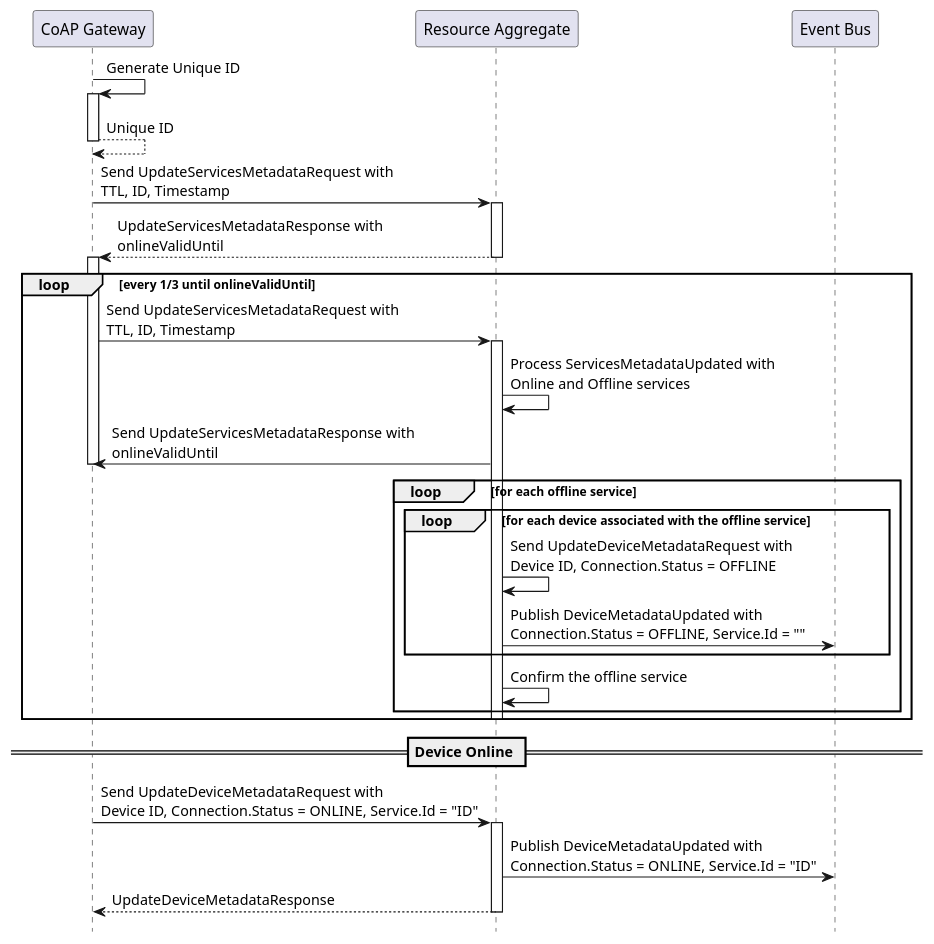
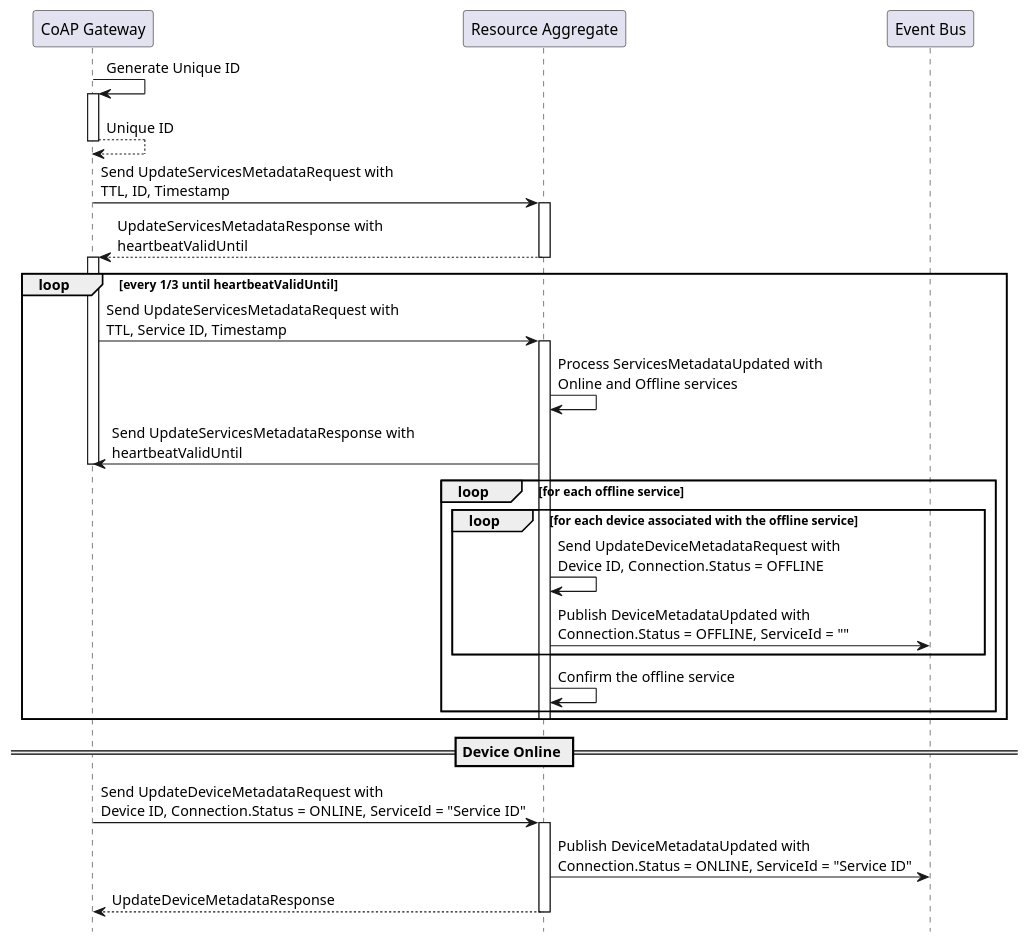
One commit to plgd-dev/doc changed the diagram in content/en/docs/features/monitoring-and-diagnostics/monitoring-device-connectivity.md. Above: the diagram before and after it, drawn with PlantUML. The commit also changed other lines of this file, not shown here.

```diff
--- a/content/en/docs/features/monitoring-and-diagnostics/monitoring-device-connectivity.md
+++ b/content/en/docs/features/monitoring-and-diagnostics/monitoring-device-connectivity.md
@@ -30,37 +30,37 @@
 {{< plantuml id="update-services-metadata" >}}
 @startuml Sequence
 skinparam backgroundColor transparent
 hide footbox
 
 participant CoAPGateway as "CoAP Gateway"
 participant ResourceAggregate as "Resource Aggregate"
 participant EventBus as "Event Bus"
 
 CoAPGateway -> CoAPGateway++: Generate Unique ID
 return Unique ID
 CoAPGateway -> ResourceAggregate++: Send UpdateServicesMetadataRequest with\nTTL, ID, Timestamp
-return UpdateServicesMetadataResponse with\nonlineValidUntil
+return UpdateServicesMetadataResponse with\nheartbeatValidUntil
 activate CoAPGateway
-loop every 1/3 until onlineValidUntil
-   CoAPGateway -> ResourceAggregate++: Send UpdateServicesMetadataRequest with\nTTL, ID, Timestamp
+loop every 1/3 until heartbeatValidUntil
+   CoAPGateway -> ResourceAggregate++: Send UpdateServicesMetadataRequest with\nTTL, Service ID, Timestamp
    ResourceAggregate -> ResourceAggregate: Process ServicesMetadataUpdated with\nOnline and Offline services
-   ResourceAggregate -> CoAPGateway: Send UpdateServicesMetadataResponse with\nonlineValidUntil
+   ResourceAggregate -> CoAPGateway: Send UpdateServicesMetadataResponse with\nheartbeatValidUntil
    deactivate CoAPGateway
    loop for each offline service
       loop for each device associated with the offline service
          ResourceAggregate -> ResourceAggregate: Send UpdateDeviceMetadataRequest with\nDevice ID, Connection.Status = OFFLINE
-         ResourceAggregate -> EventBus: Publish DeviceMetadataUpdated with\nConnection.Status = OFFLINE, Service.Id = ""
+         ResourceAggregate -> EventBus: Publish DeviceMetadataUpdated with\nConnection.Status = OFFLINE, ServiceId = ""
       end
       ResourceAggregate -> ResourceAggregate: Confirm the offline service
    end
    deactivate ResourceAggregate
 end
 
 == Device Online ==
 
-CoAPGateway -> ResourceAggregate++ : Send UpdateDeviceMetadataRequest with\nDevice ID, Connection.Status = ONLINE, Service.Id = "ID"
-ResourceAggregate -> EventBus: Publish DeviceMetadataUpdated with\nConnection.Status = ONLINE, Service.Id = "ID"
+CoAPGateway -> ResourceAggregate++ : Send UpdateDeviceMetadataRequest with\nDevice ID, Connection.Status = ONLINE, ServiceId = "Service ID"
+ResourceAggregate -> EventBus: Publish DeviceMetadataUpdated with\nConnection.Status = ONLINE, ServiceId = "Service ID"
 return UpdateDeviceMetadataResponse
 
 @enduml
 {{< /plantuml >}}
```
